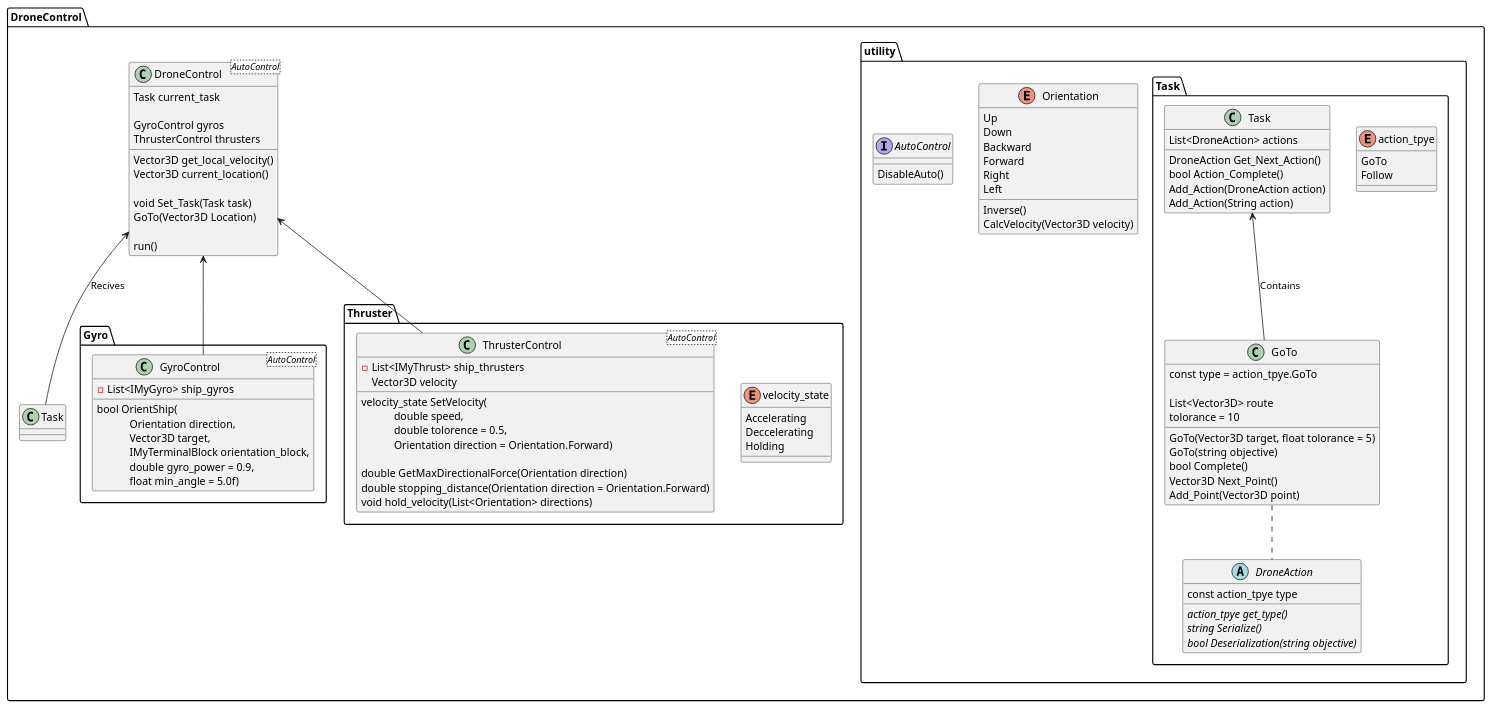
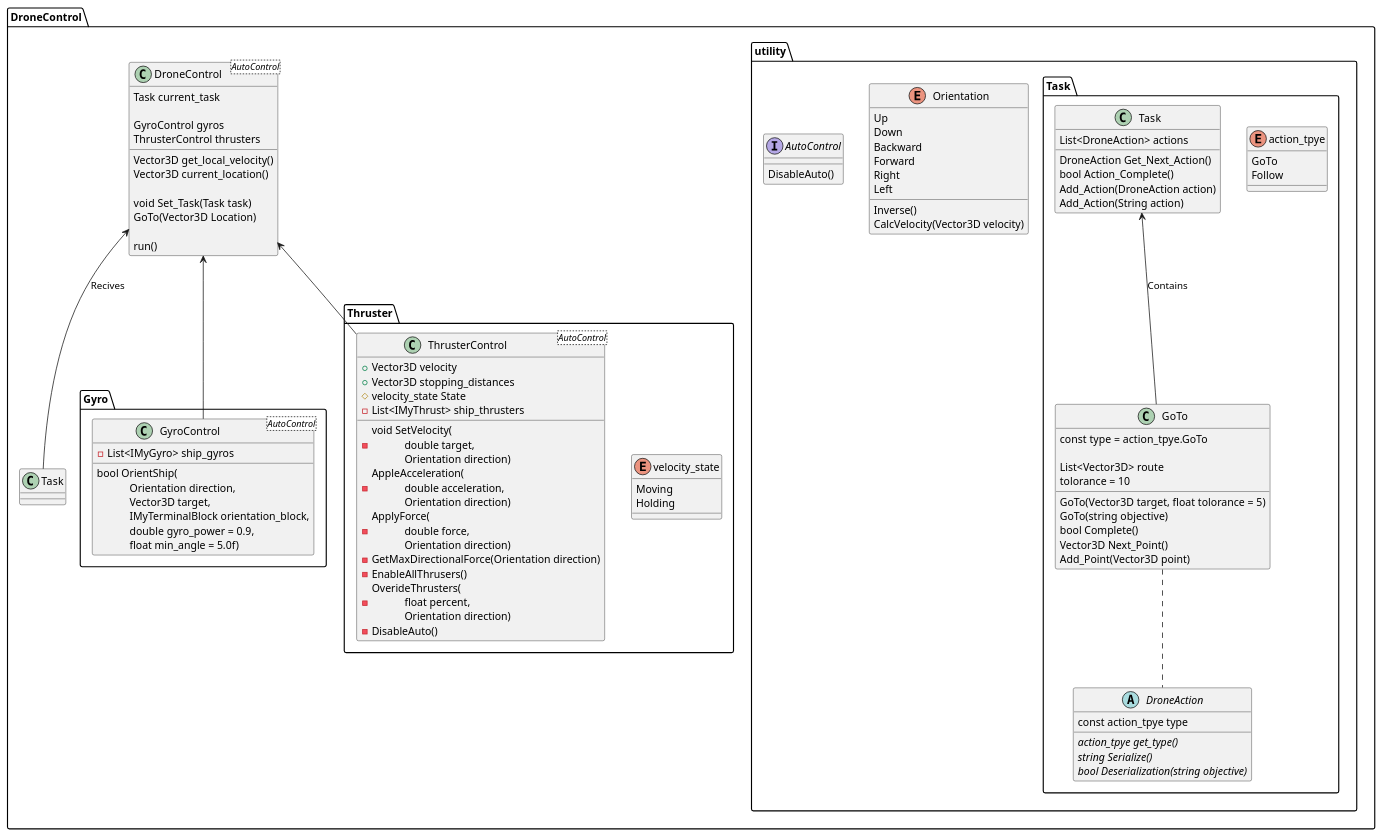
One commit to jacob7395/DroneControl changed the diagram in Design/SpecDiagram.pu. Above: the diagram before and after it, drawn with PlantUML. The commit also changed 1 other file, not shown here.

Commit message:
Updated spec diagram and complete thruster commenting.

```diff
--- a/Design/SpecDiagram.pu
+++ b/Design/SpecDiagram.pu
@@ -1,117 +1,126 @@
 package DroneControl {
 
     package utility {
         enum Orientation {
             Up
             Down
             Backward
             Forward
             Right
             Left
 
             Inverse()
             CalcVelocity(Vector3D velocity)
         }
 
         interface AutoControl {
             DisableAuto()
         }
 
         package Task {
 
             enum action_tpye {
                 GoTo
                 Follow
             }
 
             abstract DroneAction {
                 const action_tpye type
 
                 {abstract} action_tpye get_type()
                 {abstract} string Serialize()
                 {abstract} bool Deserialization(string objective)
             }
 
             class GoTo {
                 const type = action_tpye.GoTo
 
                 List<Vector3D> route
                 tolorance = 10
 
                 GoTo(Vector3D target, float tolorance = 5)
                 GoTo(string objective)
                 bool Complete()
                 Vector3D Next_Point()
                 Add_Point(Vector3D point)
             }     
 
             class Task {
                 List<DroneAction> actions
 
                 DroneAction Get_Next_Action()
                 bool Action_Complete()
                 Add_Action(DroneAction action)
                 Add_Action(String action)
             }
 
             GoTo .. DroneAction
             Task <-- GoTo : Contains
         }
     }
 
     package Gyro {
         class GyroControl <AutoControl>{
             -List<IMyGyro> ship_gyros
 
             bool OrientShip(\n\
             Orientation direction,\n\
             Vector3D target,\n\
             IMyTerminalBlock orientation_block,\n\
             double gyro_power = 0.9,\n\
             float min_angle = 5.0f)
 
         }
     }
 
     package Thruster {
         enum velocity_state
         {
-            Accelerating
-            Deccelerating
+            Moving
             Holding
         }
 
         class ThrusterControl <AutoControl>{
+            
+            +Vector3D velocity
+            +Vector3D stopping_distances
+            #velocity_state State
             -List<IMyThrust> ship_thrusters
-            Vector3D velocity
 
-            velocity_state SetVelocity(\n\
-            double speed,\n\
-            double tolorence = 0.5,\n\
-            Orientation direction = Orientation.Forward)
-
-            double GetMaxDirectionalForce(Orientation direction)
-            double stopping_distance(Orientation direction = Orientation.Forward)
-            void hold_velocity(List<Orientation> directions)
+            -void SetVelocity(\n\
+            double target,\n\
+            Orientation direction)
+            -AppleAcceleration(\n\
+            double acceleration,\n\
+            Orientation direction)
+            -ApplyForce(\n\
+            double force,\n\
+            Orientation direction)
+            -GetMaxDirectionalForce(Orientation direction)
+            -EnableAllThrusers()
+            -OverideThrusters(\n\
+            float percent,\n\
+            Orientation direction)
+            -DisableAuto()
         }
     }
 
     class DroneControl <AutoControl>{
         Task current_task
         
         GyroControl gyros
         ThrusterControl thrusters
 
         Vector3D get_local_velocity()
         Vector3D current_location()
 
         void Set_Task(Task task)
         GoTo(Vector3D Location)
 
         run()
     }
 
     DroneControl <-- ThrusterControl
     DroneControl <-- GyroControl
     DroneControl <-- Task : Recives
 }
```
